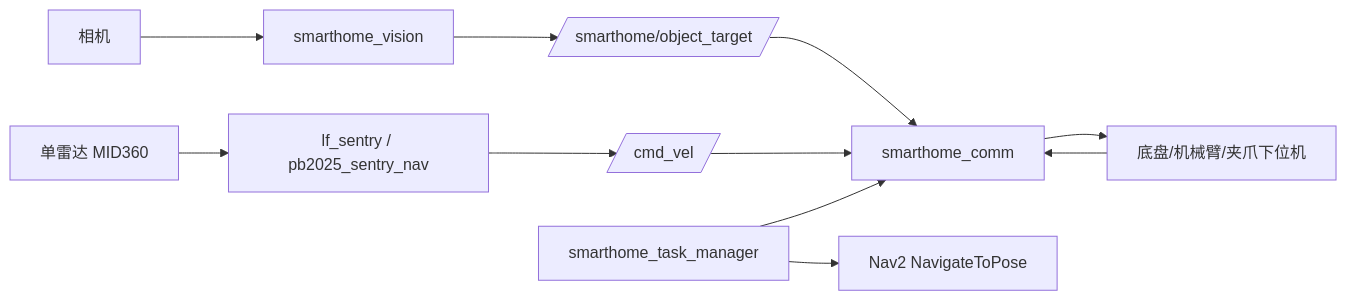
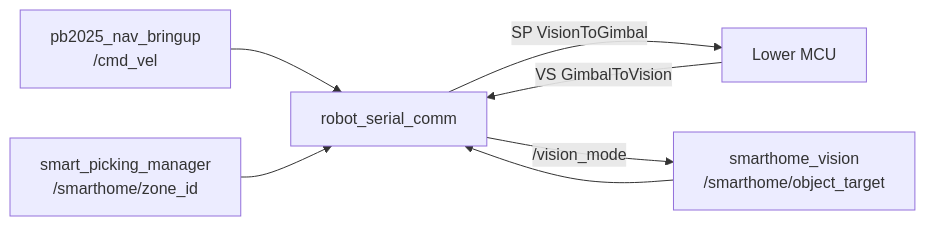
The diagram in smarthome_2026_integrated_ws/docs/architecture.md (zizi59060-cmyk/smarthome_26), drawn with Mermaid before and after one commit. The commit also changed other lines of this file and 44 other files, not shown here.

Commit message:
Update smart home serial communication

````diff
--- a/smarthome_2026_integrated_ws/docs/architecture.md
+++ b/smarthome_2026_integrated_ws/docs/architecture.md
@@ -5,13 +5,9 @@
 ```mermaid
 flowchart LR
-  Lidar[单雷达 MID360] --> Nav[lf_sentry / pb2025_sentry_nav]
-  Camera[相机] --> Vision[smarthome_vision]
-  Vision --> Target[/smarthome/object_target/]
-  Nav --> CmdVel[/cmd_vel/]
-  Target --> Comm[smarthome_comm]
-  CmdVel --> Comm
-  Task[smarthome_task_manager] --> Comm
-  Task --> NavAction[Nav2 NavigateToPose]
-  Comm --> MCU[底盘/机械臂/夹爪下位机]
-  MCU --> Comm
+  Nav["pb2025_nav_bringup\n/cmd_vel"] --> Comm["robot_serial_comm"]
+  Vision["smarthome_vision\n/smarthome/object_target"] --> Comm
+  Decision["smart_picking_manager\n/smarthome/zone_id"] --> Comm
+  Comm -->|"SP VisionToGimbal"| Lower["Lower MCU"]
+  Lower -->|"VS GimbalToVision"| Comm
+  Comm -->|"/vision_mode"| Vision
 ```
````
